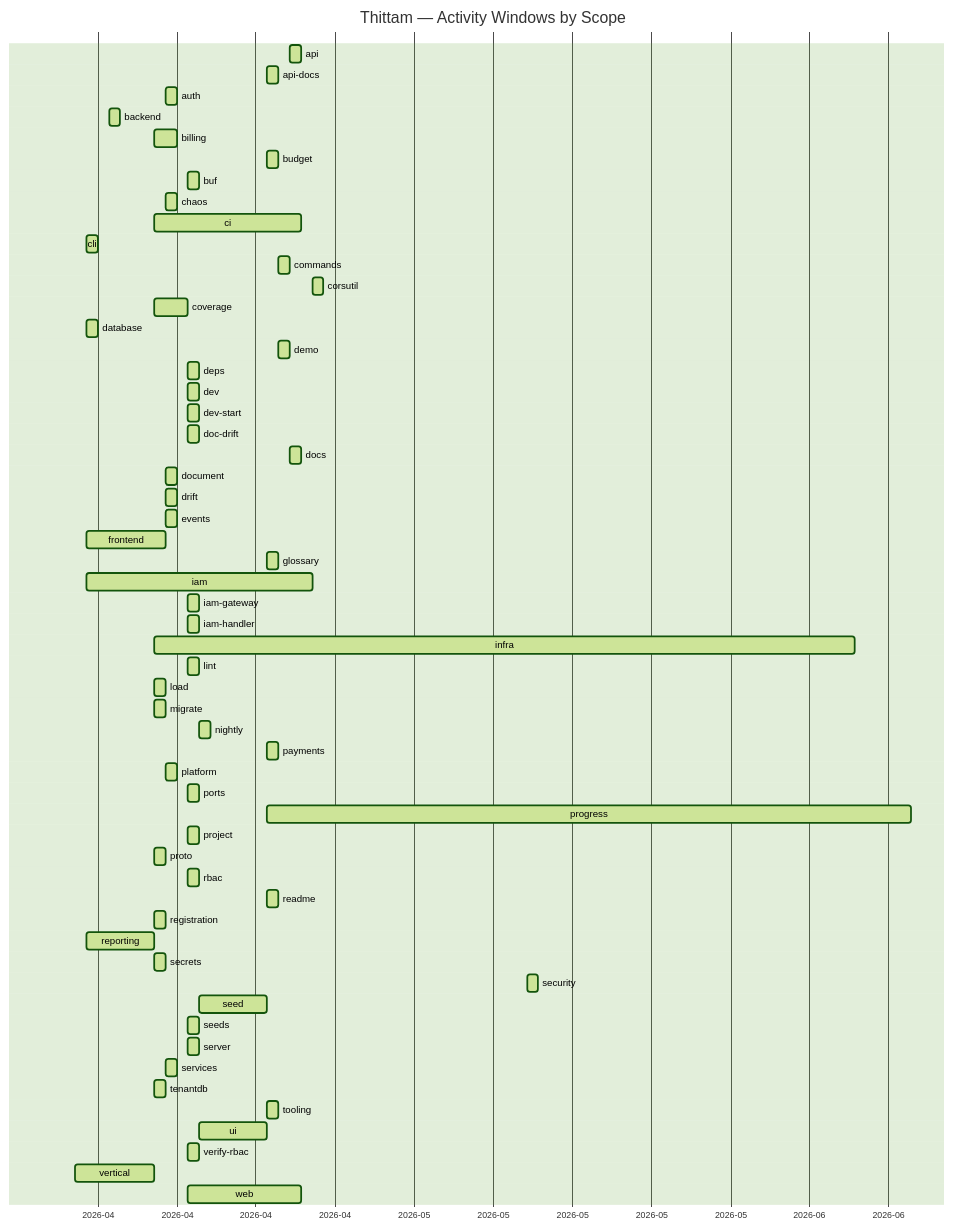
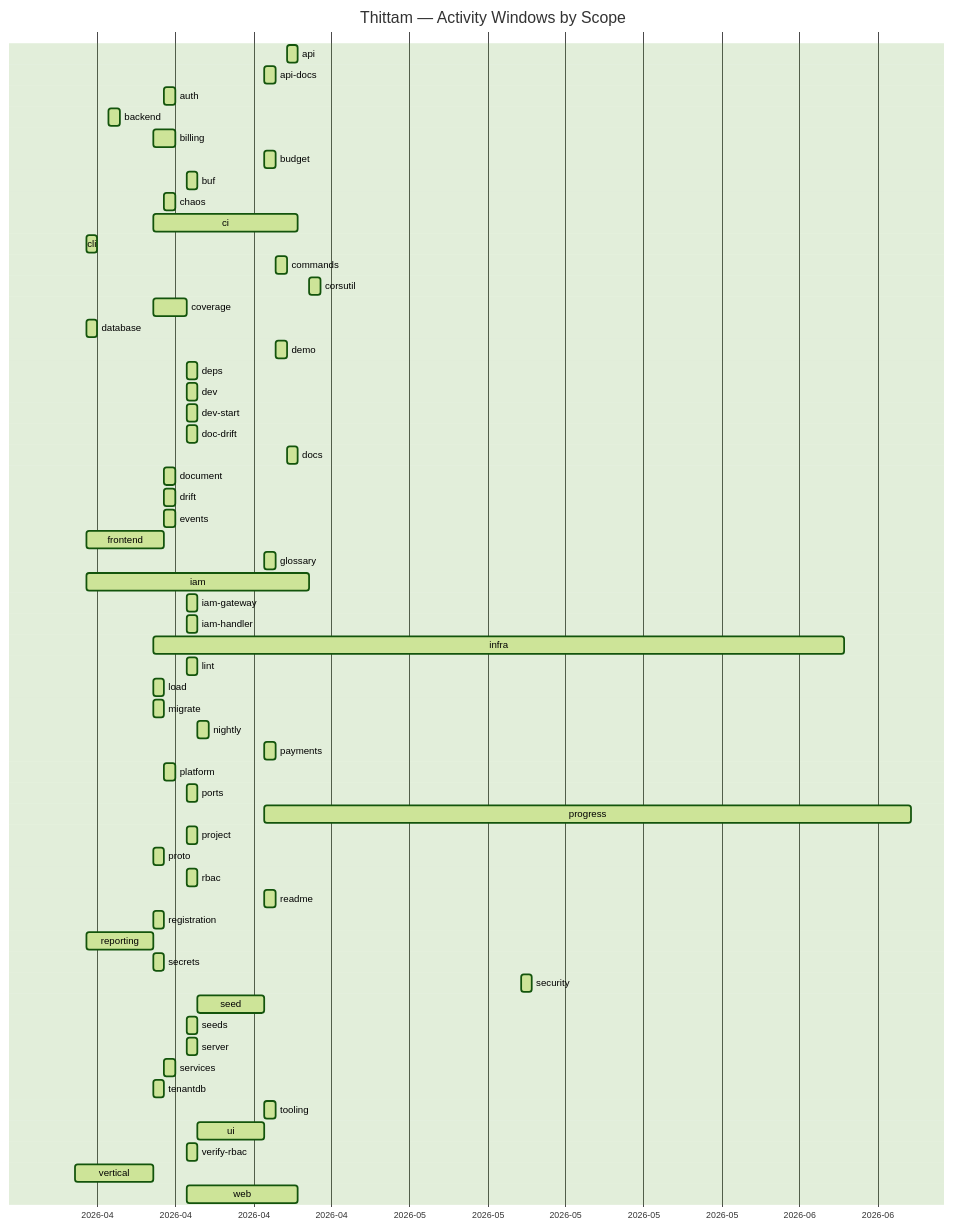
The diagram in docs/PROGRESS.md (wegofwd2020-hub/thittam), drawn with Mermaid (forest theme) before and after one commit. The commit also changed other lines of this file and 1 other file, not shown here.

Commit message:
chore(progress): nightly update of docs/PROGRESS.md + CSVs

````diff
--- a/docs/PROGRESS.md
+++ b/docs/PROGRESS.md
@@ -9,61 +9,61 @@
 ```mermaid
 gantt
     title Thittam — Activity Windows by Scope
     dateFormat YYYY-MM-DD
     axisFormat %Y-%m
     api                :active, s_api, 2026-04-22, 2026-04-23
     api-docs           :active, s_api_docs, 2026-04-20, 2026-04-21
     auth               :active, s_auth, 2026-04-11, 2026-04-12
     backend            :active, s_backend, 2026-04-06, 2026-04-07
     billing            :active, s_billing, 2026-04-10, 2026-04-12
     budget             :active, s_budget, 2026-04-20, 2026-04-21
     buf                :active, s_buf, 2026-04-13, 2026-04-14
     chaos              :active, s_chaos, 2026-04-11, 2026-04-12
     ci                 :active, s_ci, 2026-04-10, 2026-04-23
     cli                :active, s_cli, 2026-04-04, 2026-04-05
     commands           :active, s_commands, 2026-04-21, 2026-04-22
     corsutil           :active, s_corsutil, 2026-04-24, 2026-04-25
     coverage           :active, s_coverage, 2026-04-10, 2026-04-13
     database           :active, s_database, 2026-04-04, 2026-04-05
     demo               :active, s_demo, 2026-04-21, 2026-04-22
     deps               :active, s_deps, 2026-04-13, 2026-04-14
     dev                :active, s_dev, 2026-04-13, 2026-04-14
     dev-start          :active, s_dev_start, 2026-04-13, 2026-04-14
     doc-drift          :active, s_doc_drift, 2026-04-13, 2026-04-14
     docs               :active, s_docs, 2026-04-22, 2026-04-23
     document           :active, s_document, 2026-04-11, 2026-04-12
     drift              :active, s_drift, 2026-04-11, 2026-04-12
     events             :active, s_events, 2026-04-11, 2026-04-12
     frontend           :active, s_frontend, 2026-04-04, 2026-04-11
     glossary           :active, s_glossary, 2026-04-20, 2026-04-21
     iam                :active, s_iam, 2026-04-04, 2026-04-24
     iam-gateway        :active, s_iam_gateway, 2026-04-13, 2026-04-14
     iam-handler        :active, s_iam_handler, 2026-04-13, 2026-04-14
     infra              :active, s_infra, 2026-04-10, 2026-06-11
     lint               :active, s_lint, 2026-04-13, 2026-04-14
     load               :active, s_load, 2026-04-10, 2026-04-11
     migrate            :active, s_migrate, 2026-04-10, 2026-04-11
     nightly            :active, s_nightly, 2026-04-14, 2026-04-15
     payments           :active, s_payments, 2026-04-20, 2026-04-21
     platform           :active, s_platform, 2026-04-11, 2026-04-12
     ports              :active, s_ports, 2026-04-13, 2026-04-14
-    progress           :active, s_progress, 2026-04-20, 2026-06-16
+    progress           :active, s_progress, 2026-04-20, 2026-06-17
     project            :active, s_project, 2026-04-13, 2026-04-14
     proto              :active, s_proto, 2026-04-10, 2026-04-11
     rbac               :active, s_rbac, 2026-04-13, 2026-04-14
     readme             :active, s_readme, 2026-04-20, 2026-04-21
     registration       :active, s_registration, 2026-04-10, 2026-04-11
     reporting          :active, s_reporting, 2026-04-04, 2026-04-10
     secrets            :active, s_secrets, 2026-04-10, 2026-04-11
     security           :active, s_security, 2026-05-13, 2026-05-14
     seed               :active, s_seed, 2026-04-14, 2026-04-20
     seeds              :active, s_seeds, 2026-04-13, 2026-04-14
     server             :active, s_server, 2026-04-13, 2026-04-14
     services           :active, s_services, 2026-04-11, 2026-04-12
     tenantdb           :active, s_tenantdb, 2026-04-10, 2026-04-11
     tooling            :active, s_tooling, 2026-04-20, 2026-04-21
     ui                 :active, s_ui, 2026-04-14, 2026-04-20
     verify-rbac        :active, s_verify_rbac, 2026-04-13, 2026-04-14
     vertical           :active, s_vertical, 2026-04-03, 2026-04-10
     web                :active, s_web, 2026-04-13, 2026-04-23
 ```
````
